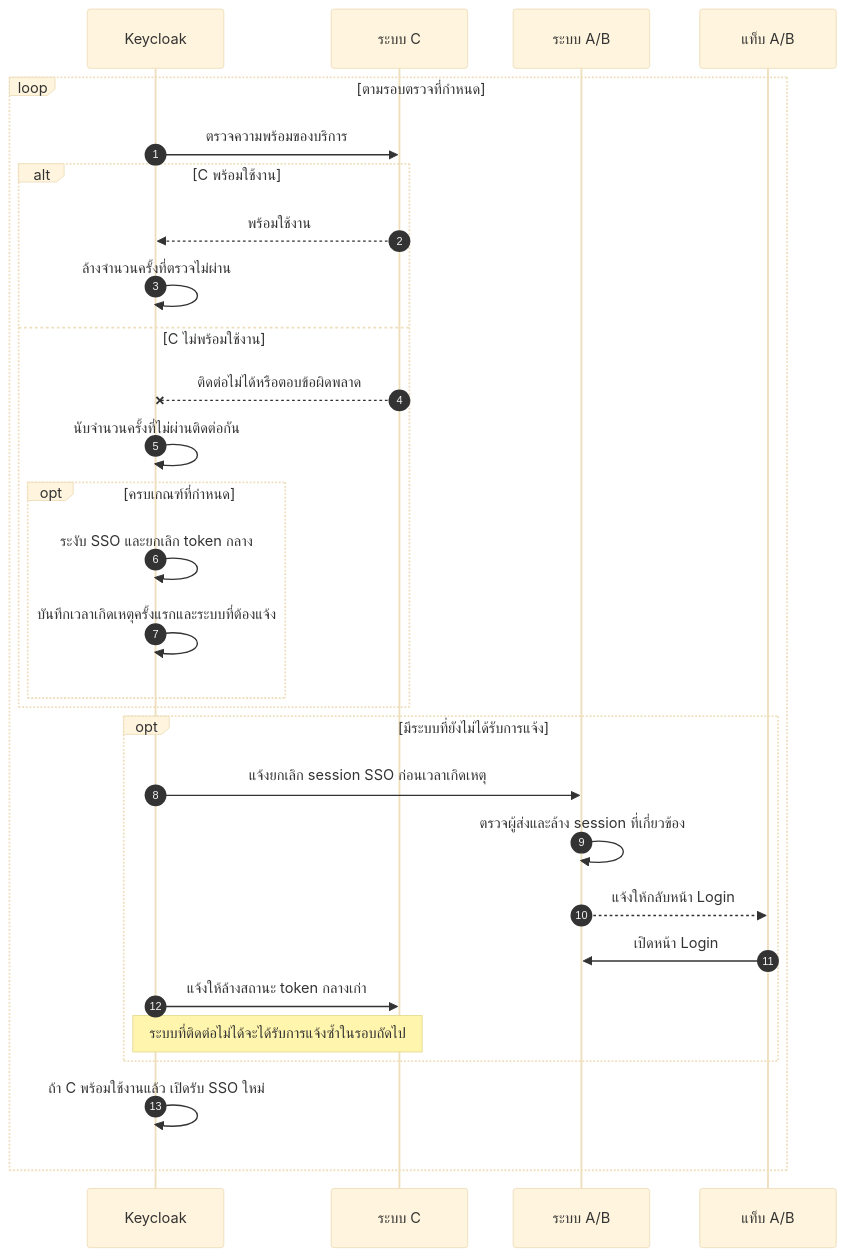
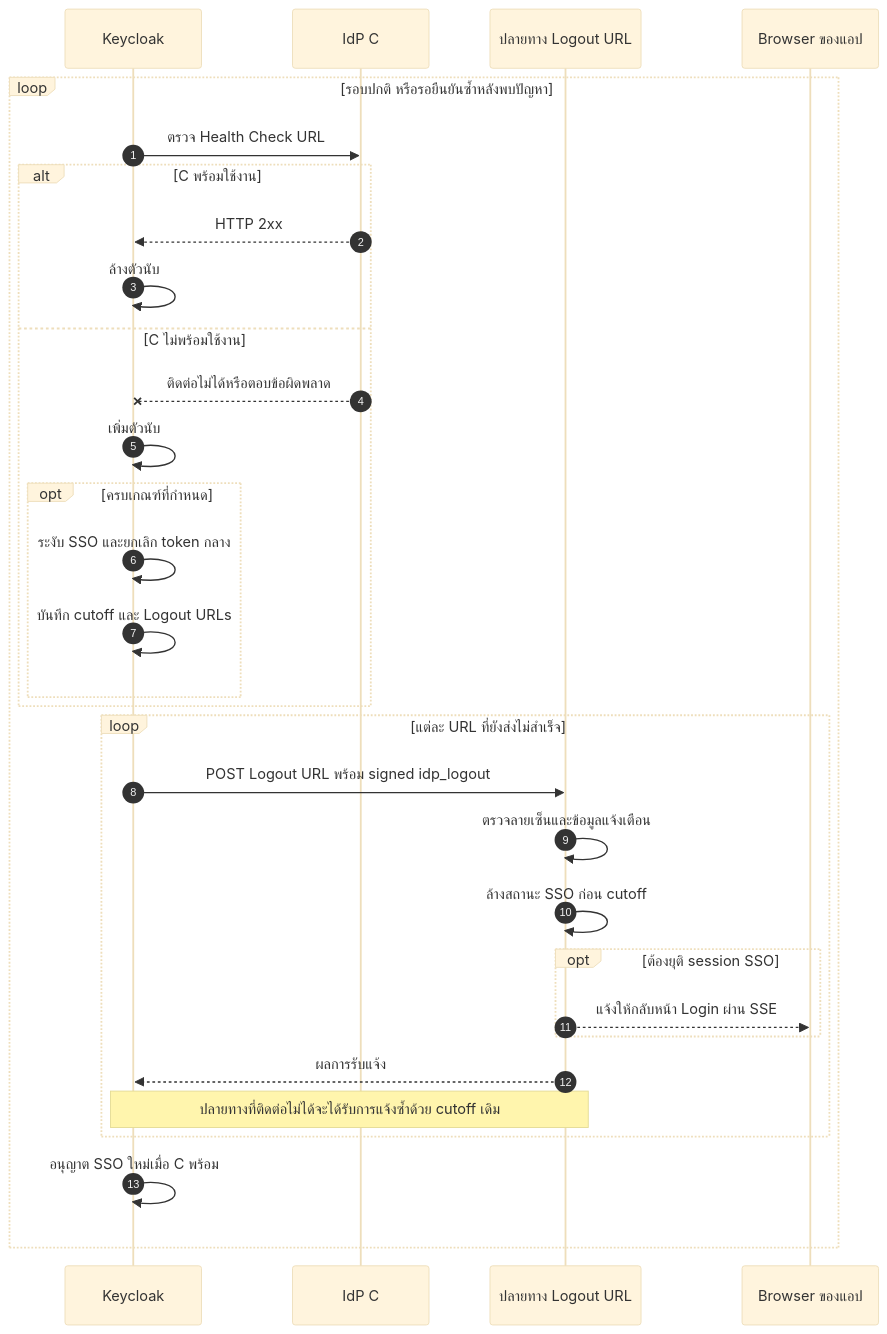
One commit to Sin1apachai/poc_sso changed diagram 21 of 22 in docs/flows/LOGIN-AND-SESSION.md. Above: the diagram before and after it, drawn with Mermaid (base theme). The commit also changed other lines of this file and 58 other files, not shown here.

Commit message:
Unify SSO logout targets and document native heartbeat settings

````diff
--- a/docs/flows/LOGIN-AND-SESSION.md
+++ b/docs/flows/LOGIN-AND-SESSION.md
@@ -507,31 +514,33 @@
 ```mermaid
 sequenceDiagram
     autonumber
     participant K as Keycloak
-    participant C as ระบบ C
-    participant A as ระบบ A/B
-    participant B as แท็บ A/B
-    loop ตามรอบตรวจที่กำหนด
-        K->>C: ตรวจความพร้อมของบริการ
+    participant C as IdP C
+    participant A as ปลายทาง Logout URL
+    participant B as Browser ของแอป
+    loop รอบปกติ หรือรอยืนยันซ้ำหลังพบปัญหา
+        K->>C: ตรวจ Health Check URL
         alt C พร้อมใช้งาน
-            C-->>K: พร้อมใช้งาน
-            K->>K: ล้างจำนวนครั้งที่ตรวจไม่ผ่าน
+            C-->>K: HTTP 2xx
+            K->>K: ล้างตัวนับ
         else C ไม่พร้อมใช้งาน
             C--xK: ติดต่อไม่ได้หรือตอบข้อผิดพลาด
-            K->>K: นับจำนวนครั้งที่ไม่ผ่านติดต่อกัน
+            K->>K: เพิ่มตัวนับ
             opt ครบเกณฑ์ที่กำหนด
                 K->>K: ระงับ SSO และยกเลิก token กลาง
-                K->>K: บันทึกเวลาเกิดเหตุครั้งแรกและระบบที่ต้องแจ้ง
+                K->>K: บันทึก cutoff และ Logout URLs
             end
         end
-        opt มีระบบที่ยังไม่ได้รับการแจ้ง
-            K->>A: แจ้งยกเลิก session SSO ก่อนเวลาเกิดเหตุ
-            A->>A: ตรวจผู้ส่งและล้าง session ที่เกี่ยวข้อง
-            A-->>B: แจ้งให้กลับหน้า Login
-            B->>A: เปิดหน้า Login
-            K->>C: แจ้งให้ล้างสถานะ token กลางเก่า
-            Note over K,C: ระบบที่ติดต่อไม่ได้จะได้รับการแจ้งซ้ำในรอบถัดไป
+        loop แต่ละ URL ที่ยังส่งไม่สำเร็จ
+            K->>A: POST Logout URL พร้อม signed idp_logout
+            A->>A: ตรวจลายเซ็นและข้อมูลแจ้งเตือน
+            A->>A: ล้างสถานะ SSO ก่อน cutoff
+            opt ต้องยุติ session SSO
+                A-->>B: แจ้งให้กลับหน้า Login ผ่าน SSE
+            end
+            A-->>K: ผลการรับแจ้ง
+            Note over K,A: ปลายทางที่ติดต่อไม่ได้จะได้รับการแจ้งซ้ำด้วย cutoff เดิม
         end
-        K->>K: ถ้า C พร้อมใช้งานแล้ว เปิดรับ SSO ใหม่
+        K->>K: อนุญาต SSO ใหม่เมื่อ C พร้อม
     end
 ```
````
